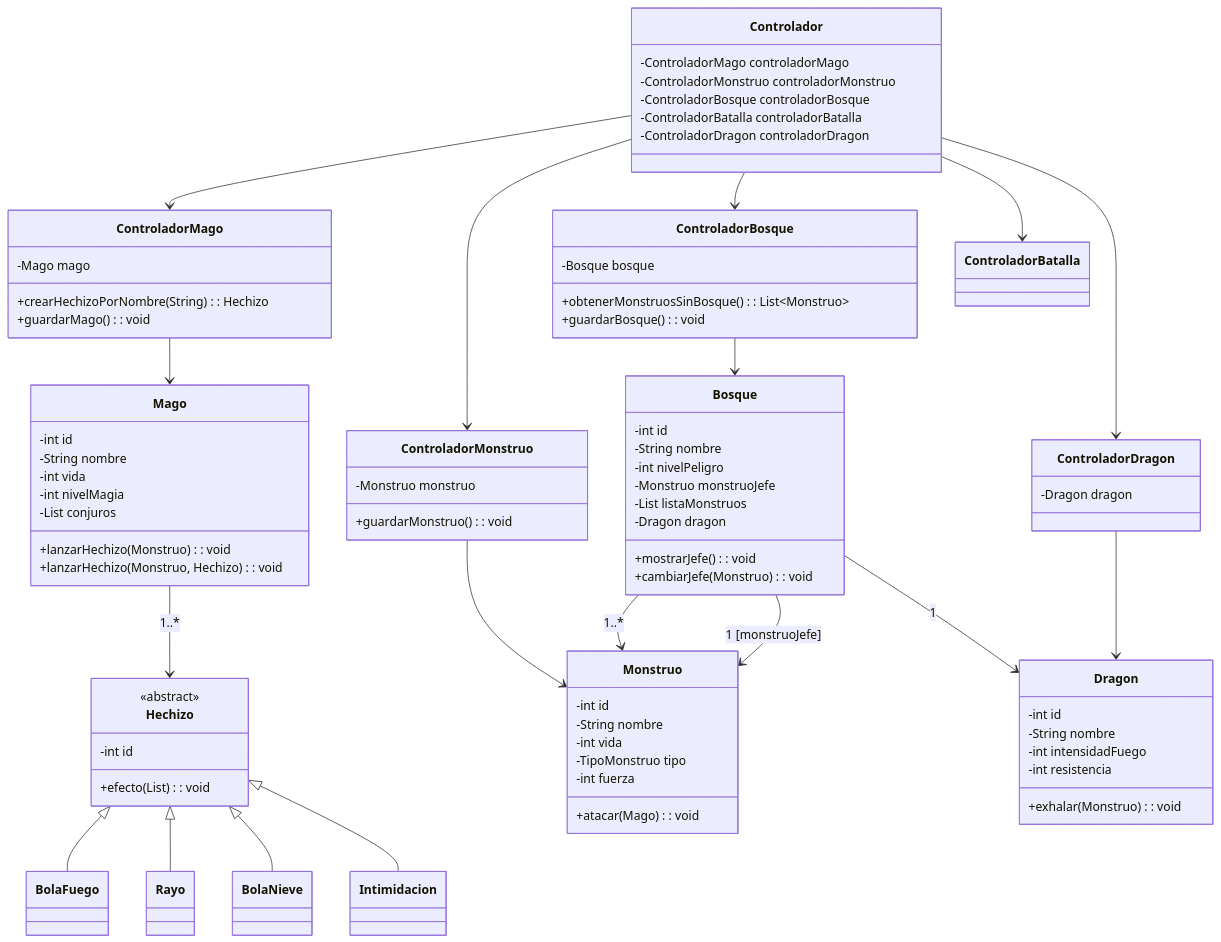
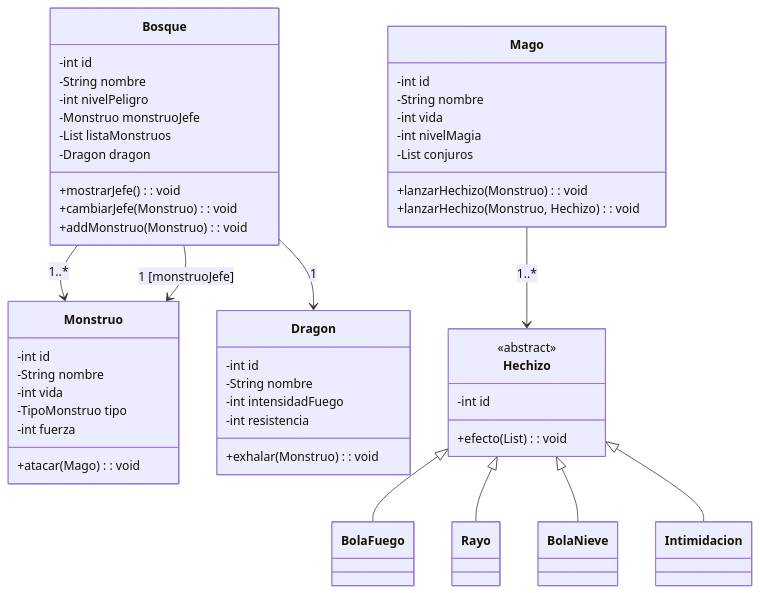
One commit to a19albertons/dragolandia changed the first of 2 diagrams in dragonlandia/demo/readme.md. Above: the diagram before and after it, drawn with Mermaid. The commit also changed 42 other files, not shown here.

````diff
--- a/dragonlandia/demo/readme.md
+++ b/dragonlandia/demo/readme.md
@@ -11,9 +11,4 @@
 ``` Mermaid
----
-config:
-  look: classic
-  theme: mc
----
 classDiagram
 class Mago {
   -int id
@@ -43,6 +38,7 @@
   -Dragon dragon
   +mostrarJefe() : void
   +cambiarJefe(Monstruo) : void
+  +addMonstruo(Monstruo) : void
 }
 
 class Dragon {
@@ -64,38 +60,6 @@
 class BolaNieve
 class Intimidacion
 
-class ControladorMago {
-  -Mago mago
-  +crearHechizoPorNombre(String) : Hechizo
-  +guardarMago() : void
-  
-}
-class ControladorMonstruo {
-  -Monstruo monstruo
-  +guardarMonstruo() : void
-  
-}
-class ControladorBosque {
-  -Bosque bosque
-  +obtenerMonstruosSinBosque() : List~Monstruo~
-  +guardarBosque() : void
-  
-}
-class ControladorBatalla {
-  
-}
-class ControladorDragon {
-  -Dragon dragon
-  
-}
-class Controlador {
-  -ControladorMago controladorMago
-  -ControladorMonstruo controladorMonstruo
-  -ControladorBosque controladorBosque
-  -ControladorBatalla controladorBatalla
-  -ControladorDragon controladorDragon
-}
-
 Mago --> Hechizo : 1..*
 Bosque --> Monstruo : 1..*
 Bosque --> Monstruo : 1 [monstruoJefe]
@@ -104,14 +68,4 @@
 Hechizo <|-- Rayo
 Hechizo <|-- BolaNieve
 Hechizo <|-- Intimidacion
-
-ControladorMago --> Mago
-ControladorMonstruo --> Monstruo
-ControladorBosque --> Bosque
-ControladorDragon --> Dragon
-Controlador --> ControladorMago
-Controlador --> ControladorMonstruo
-Controlador --> ControladorBosque
-Controlador --> ControladorBatalla
-Controlador --> ControladorDragon
 ``` 
````
